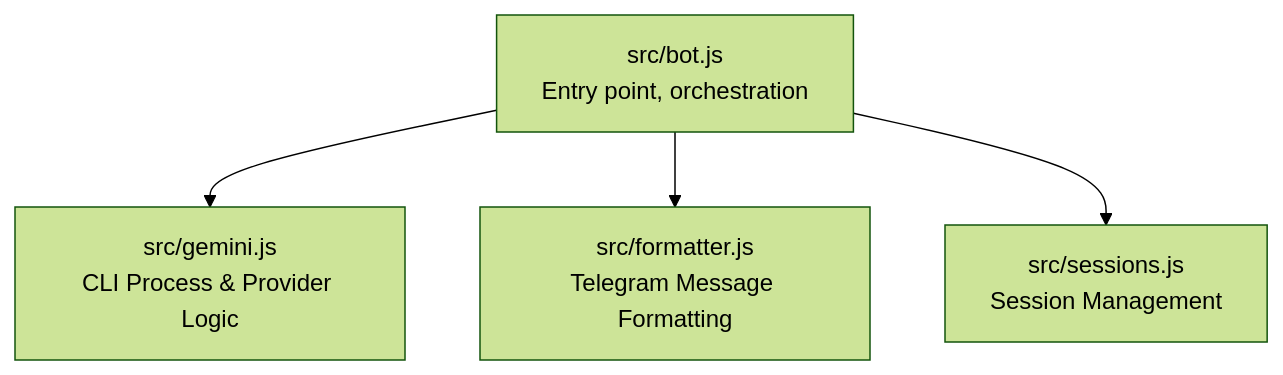
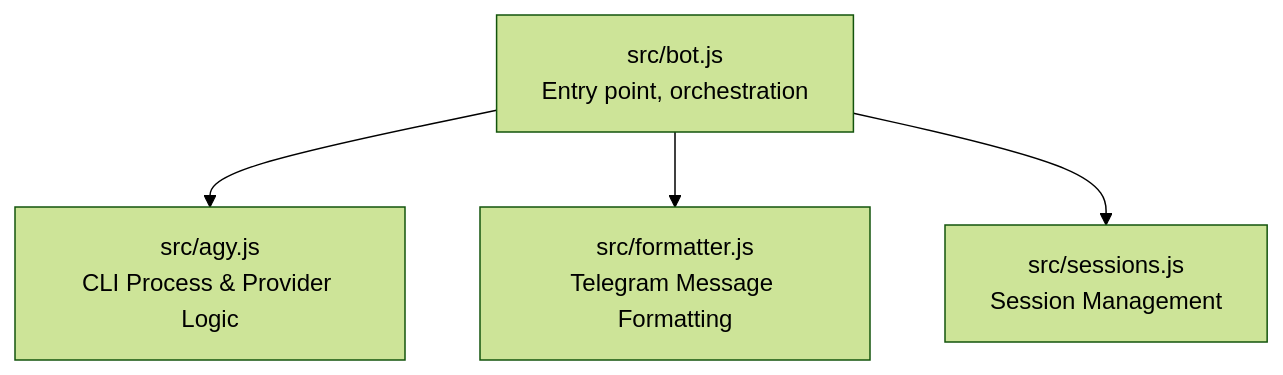
One commit to VitruvianSoftware/vitruvian-core changed the second of 6 diagrams in apps/desktop/nexus-agent/README.md. Above: the diagram before and after it, drawn with Mermaid (forest theme). The commit also changed other lines of this file and 43 other files, not shown here.

First line of the commit message:
feat: replace the retired Gemini CLI with the Antigravity CLI (agy) (#2373)

````diff
--- a/apps/desktop/nexus-agent/README.md
+++ b/apps/desktop/nexus-agent/README.md
@@ -46,6 +46,6 @@
 ```mermaid
 graph TD
-    A[src/bot.js<br>Entry point, orchestration] --> B[src/gemini.js<br>CLI Process & Provider Logic]
+    A[src/bot.js<br>Entry point, orchestration] --> B[src/agy.js<br>CLI Process & Provider Logic]
     A --> C[src/formatter.js<br>Telegram Message Formatting]
     A --> D[src/sessions.js<br>Session Management]
 ```
````
